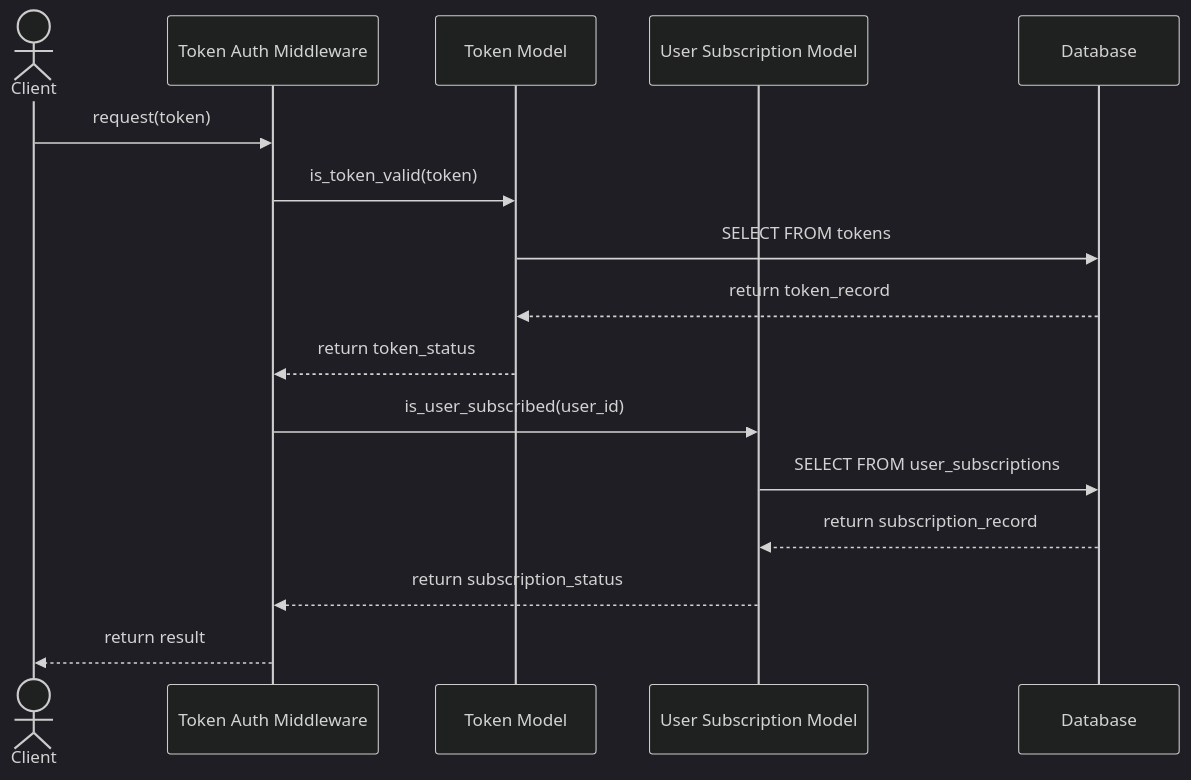
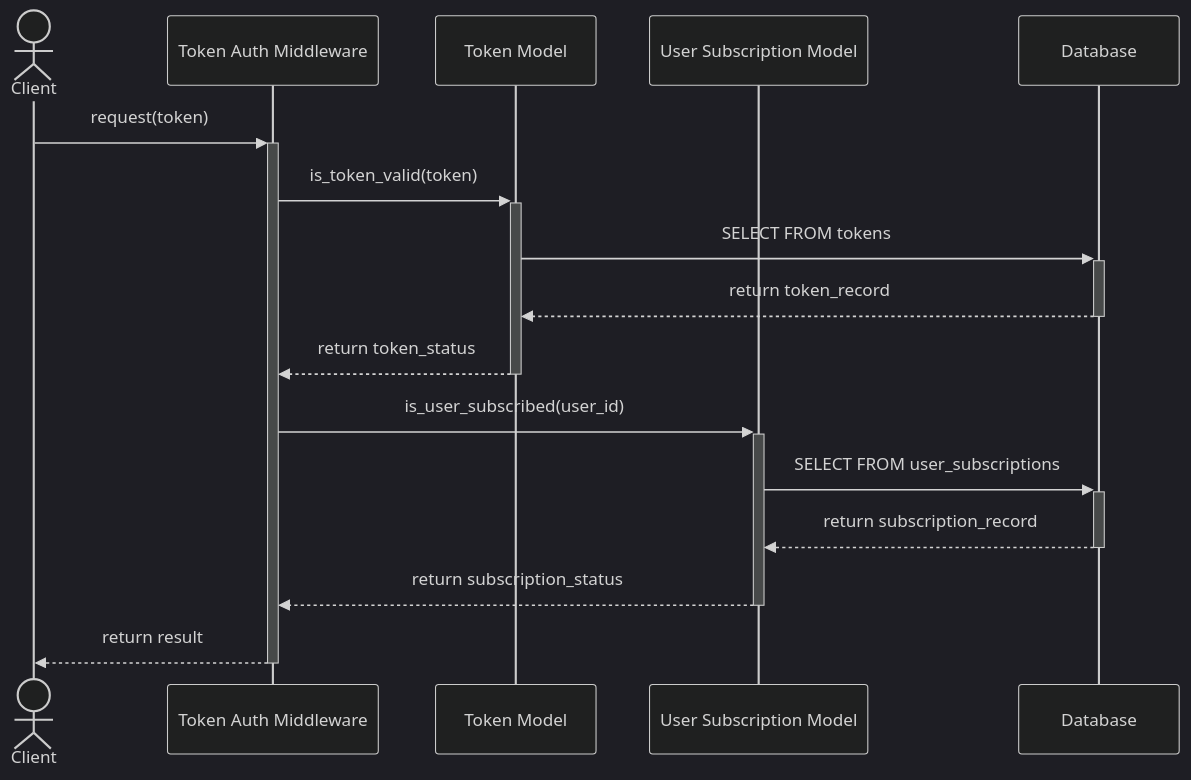
The fourth of 20 diagrams in SYSTEM_DIAGRAMS.md (Tanaphat-Ken/ALPR-V2), drawn with Mermaid (dark theme) before and after one commit. The commit also changed other lines of this file, not shown here.

First line of the commit message:
fix: resolve Mermaid activation bar errors across sequence diagrams

````diff
--- a/SYSTEM_DIAGRAMS.md
+++ b/SYSTEM_DIAGRAMS.md
@@ -220,19 +223,19 @@
 ```mermaid
 sequenceDiagram
     actor Client
     participant TAM as Token Auth Middleware
     participant TokenModel as Token Model
     participant SubModel as User Subscription Model
     participant DB as Database
 
-    Client->>TAM: request(token)
-    TAM->>TokenModel: is_token_valid(token)
-    TokenModel->>DB: SELECT FROM tokens
-    DB-->>TokenModel: return token_record
-    TokenModel-->>TAM: return token_status
-    TAM->>SubModel: is_user_subscribed(user_id)
-    SubModel->>DB: SELECT FROM user_subscriptions
-    DB-->>SubModel: return subscription_record
-    SubModel-->>TAM: return subscription_status
-    TAM-->>Client: return result
+    Client->>+TAM: request(token)
+    TAM->>+TokenModel: is_token_valid(token)
+    TokenModel->>+DB: SELECT FROM tokens
+    DB-->>-TokenModel: return token_record
+    TokenModel-->>-TAM: return token_status
+    TAM->>+SubModel: is_user_subscribed(user_id)
+    SubModel->>+DB: SELECT FROM user_subscriptions
+    DB-->>-SubModel: return subscription_record
+    SubModel-->>-TAM: return subscription_status
+    TAM-->>-Client: return result
 ```
````
